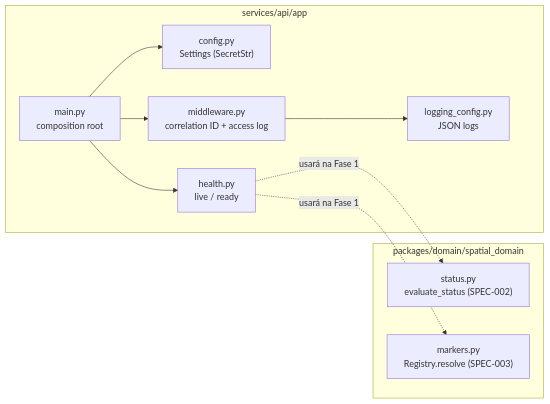
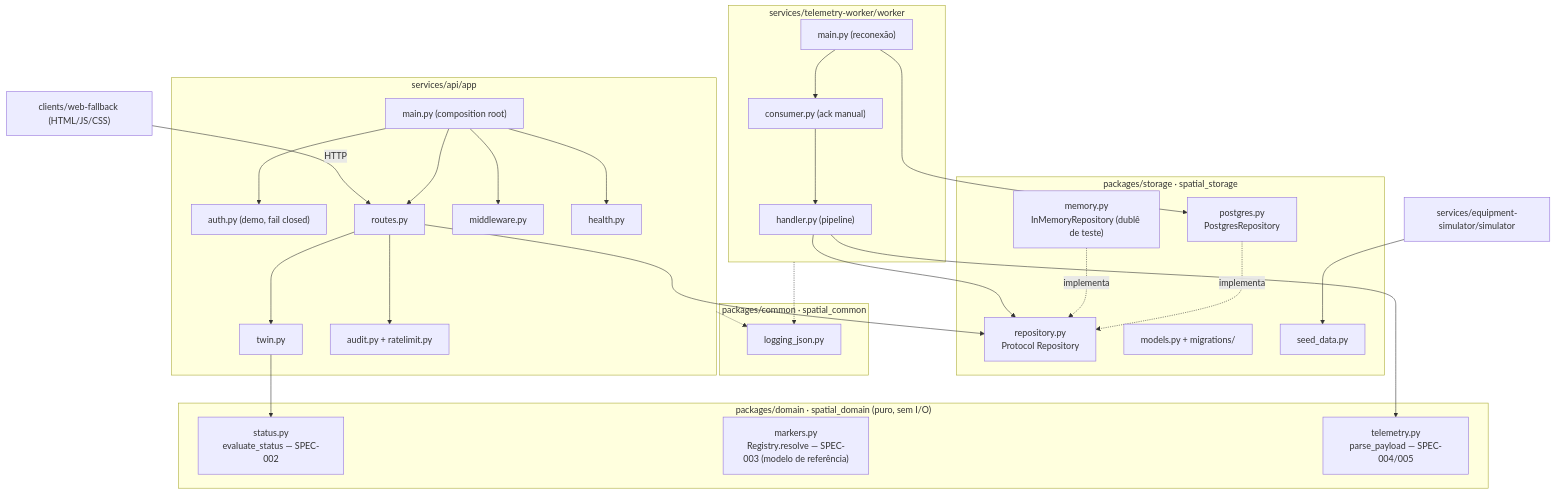
One commit to bruno-bronks/ar-xr changed the diagram in docs/architecture/components.md. Above: the diagram before and after it, drawn with Mermaid. The commit also changed other lines of this file and 120 other files, not shown here.

First line of the commit message:
feat(phase-1): industrial vertical - simulator, worker, persistence, API, 2D panel

````diff
--- a/docs/architecture/components.md
+++ b/docs/architecture/components.md
@@ -5,18 +5,48 @@
 ```mermaid
-flowchart LR
+flowchart TB
+  subgraph domain["packages/domain · spatial_domain (puro, sem I/O)"]
+    status["status.py<br/>evaluate_status — SPEC-002"]
+    markers["markers.py<br/>Registry.resolve — SPEC-003 (modelo de referência)"]
+    telemetry["telemetry.py<br/>parse_payload — SPEC-004/005"]
+  end
+  subgraph storage["packages/storage · spatial_storage"]
+    repo["repository.py<br/>Protocol Repository"]
+    pg["postgres.py<br/>PostgresRepository"]
+    mem["memory.py<br/>InMemoryRepository (dublê de teste)"]
+    models["models.py + migrations/"]
+    seed["seed_data.py"]
+  end
+  subgraph common["packages/common · spatial_common"]
+    log["logging_json.py"]
+  end
   subgraph api["services/api/app"]
-    main["main.py<br/>composition root"]
-    cfg["config.py<br/>Settings (SecretStr)"]
-    mw["middleware.py<br/>correlation ID + access log"]
-    log["logging_config.py<br/>JSON logs"]
-    health["health.py<br/>live / ready"]
+    main["main.py (composition root)"]
+    auth["auth.py (demo, fail closed)"]
+    routes["routes.py"]
+    twin["twin.py"]
+    audit["audit.py + ratelimit.py"]
+    mw["middleware.py"]
+    health["health.py"]
   end
-  subgraph domain["packages/domain/spatial_domain"]
-    status["status.py<br/>evaluate_status (SPEC-002)"]
-    markers["markers.py<br/>Registry.resolve (SPEC-003)"]
+  subgraph worker["services/telemetry-worker/worker"]
+    handler["handler.py (pipeline)"]
+    consumer["consumer.py (ack manual)"]
+    wmain["main.py (reconexão)"]
   end
-  main --> cfg & mw & health
-  mw --> log
-  health -. "usará na Fase 1" .-> status
-  health -. "usará na Fase 1" .-> markers
+  sim["services/equipment-simulator/simulator"]
+  panel["clients/web-fallback (HTML/JS/CSS)"]
+
+  routes --> twin --> status
+  routes --> repo
+  routes --> audit
+  main --> auth & routes & health & mw
+  pg -.implementa.-> repo
+  mem -.implementa.-> repo
+  handler --> telemetry & repo
+  consumer --> handler
+  wmain --> consumer & pg
+  sim --> seed
+  api -.-> log
+  worker -.-> log
+  panel -->|HTTP| routes
 ```
````
